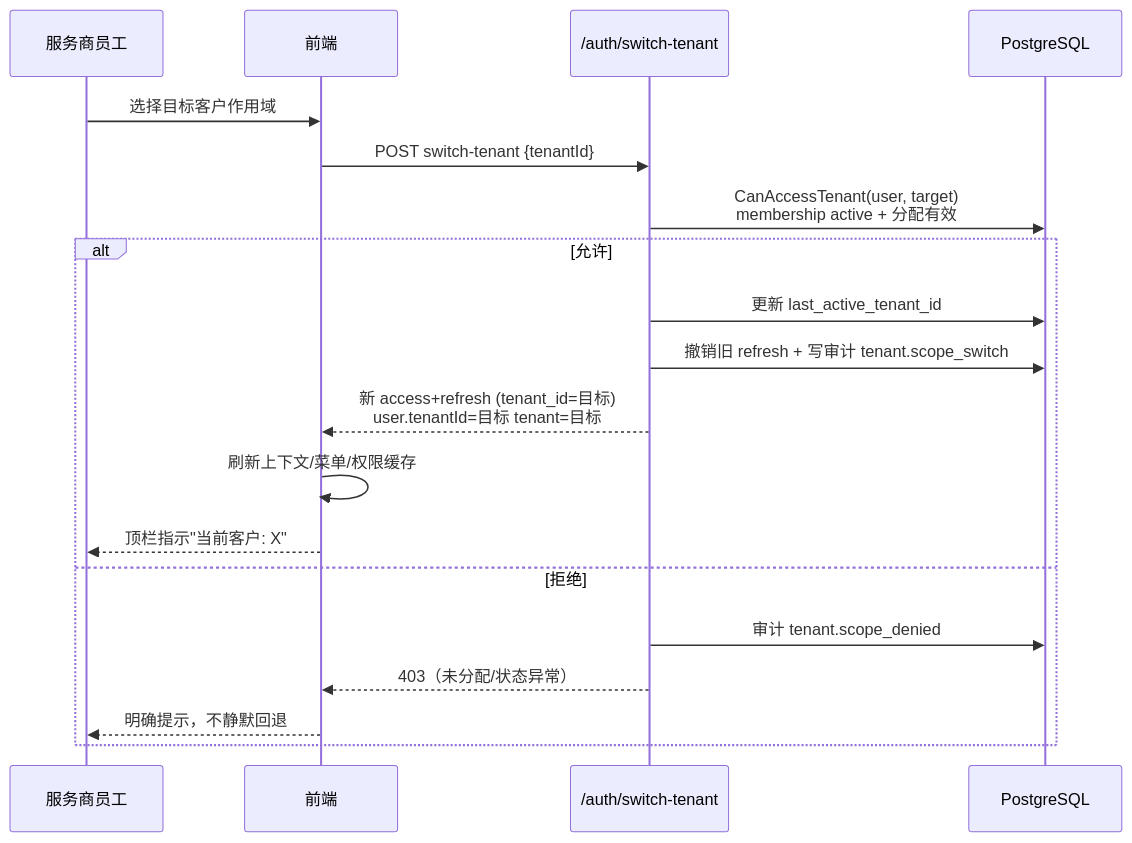
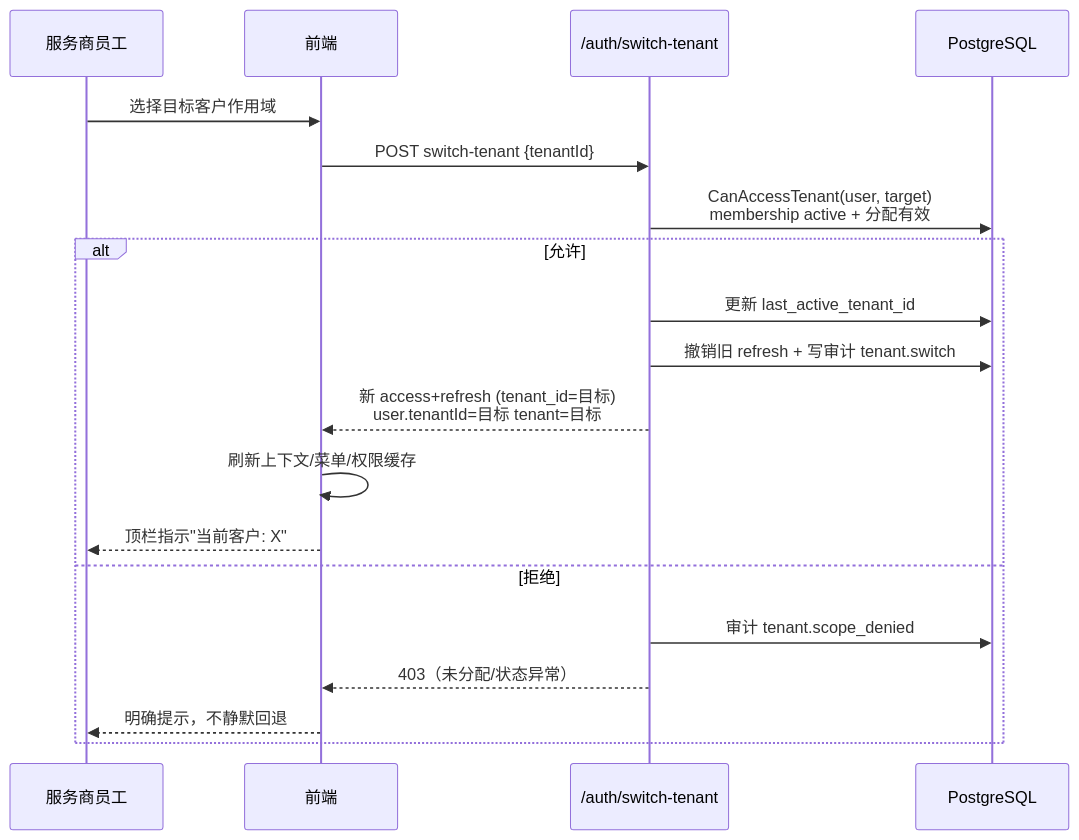
One commit to wwsheng009/itsm changed the seventh of 14 diagrams in docs/multi-tenant/plan/msp-user-interaction-flows.md. Above: the diagram before and after it, drawn with Mermaid. The commit also changed other lines of this file and 31 other files, not shown here.

````diff
--- a/docs/multi-tenant/plan/msp-user-interaction-flows.md
+++ b/docs/multi-tenant/plan/msp-user-interaction-flows.md
@@ -225,21 +225,21 @@
 ```mermaid
 sequenceDiagram
     participant U as 服务商员工
     participant FE as 前端
     participant API as /auth/switch-tenant
     participant DB as PostgreSQL
     U->>FE: 选择目标客户作用域
     FE->>API: POST switch-tenant {tenantId}
     API->>DB: CanAccessTenant(user, target)<br/>membership active + 分配有效
     alt 允许
         API->>DB: 更新 last_active_tenant_id
-        API->>DB: 撤销旧 refresh + 写审计 tenant.scope_switch
+        API->>DB: 撤销旧 refresh + 写审计 tenant.switch
         API-->>FE: 新 access+refresh (tenant_id=目标)<br/>user.tenantId=目标 tenant=目标
         FE->>FE: 刷新上下文/菜单/权限缓存
         FE-->>U: 顶栏指示"当前客户: X"
     else 拒绝
         API->>DB: 审计 tenant.scope_denied
         API-->>FE: 403（未分配/状态异常）
         FE-->>U: 明确提示，不静默回退
     end
 ```
````
